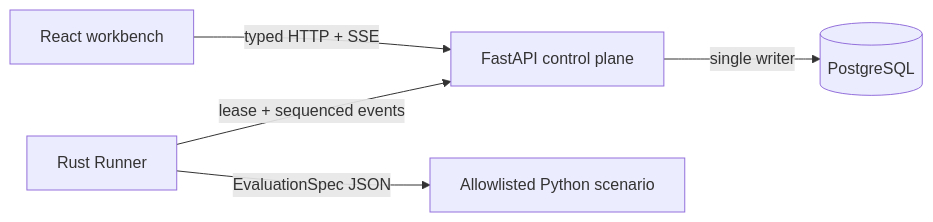
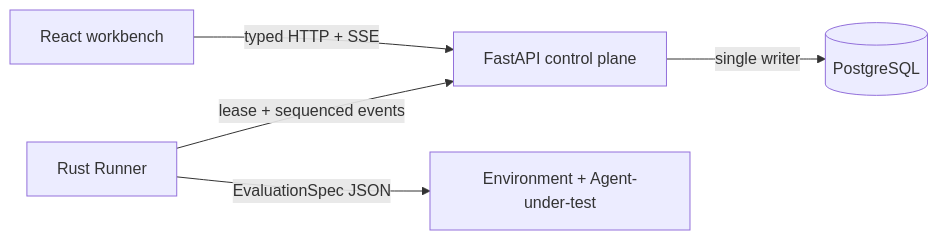
Before and after one commit to GarrisonPJ/agent-ops-platform: the first of 2 diagrams in README.md, drawn with Mermaid. The commit also changed other lines of this file and 32 other files, not shown here.

````diff
--- a/README.md
+++ b/README.md
@@ -17,7 +17,7 @@
 ```mermaid
 flowchart LR
     UI["React workbench"] -->|"typed HTTP + SSE"| API["FastAPI control plane"]
     API -->|"single writer"| DB[("PostgreSQL")]
     Runner["Rust Runner"] -->|"lease + sequenced events"| API
-    Runner -->|"EvaluationSpec JSON"| Agent["Allowlisted Python scenario"]
+    Runner -->|"EvaluationSpec JSON"| Agent["Environment + Agent-under-test"]
 ```
````
